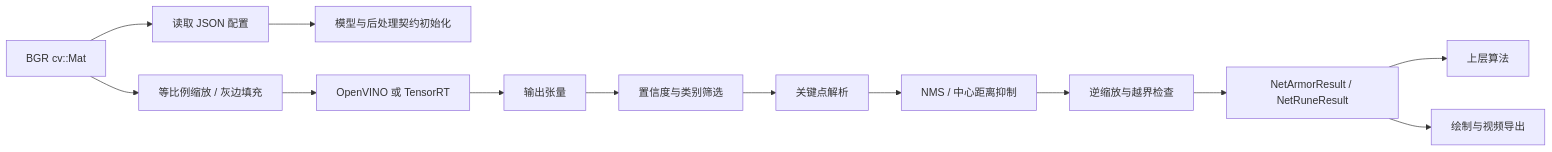
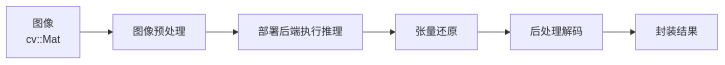
One commit to SZURPVision/26_NNDeployment_Lib_and_Detection_Models changed the third of 3 diagrams in README.md. Above: the diagram before and after it, drawn with Mermaid. The commit also changed other lines of this file and 2 other files, not shown here.

````diff
--- a/README.md
+++ b/README.md
@@ -166,15 +323,8 @@
 ```mermaid
 flowchart LR
-    A[BGR cv::Mat] --> B[读取 JSON 配置]
-    B --> C[模型与后处理契约初始化]
-    A --> D[等比例缩放 / 灰边填充]
-    D --> E[OpenVINO 或 TensorRT]
-    E --> F[输出张量]
-    F --> G[置信度与类别筛选]
-    G --> H[关键点解析]
-    H --> I[NMS / 中心距离抑制]
-    I --> J[逆缩放与越界检查]
-    J --> K[NetArmorResult / NetRuneResult]
-    K --> L[上层算法]
-    K --> M[绘制与视频导出]
+    A[图像<br/>cv::Mat] --> B[图像预处理]
+    B --> C[部署后端执行推理]
+    C --> D[张量还原]
+    D --> E[后处理解码]
+    E --> F[封装结果]
 ```
````
